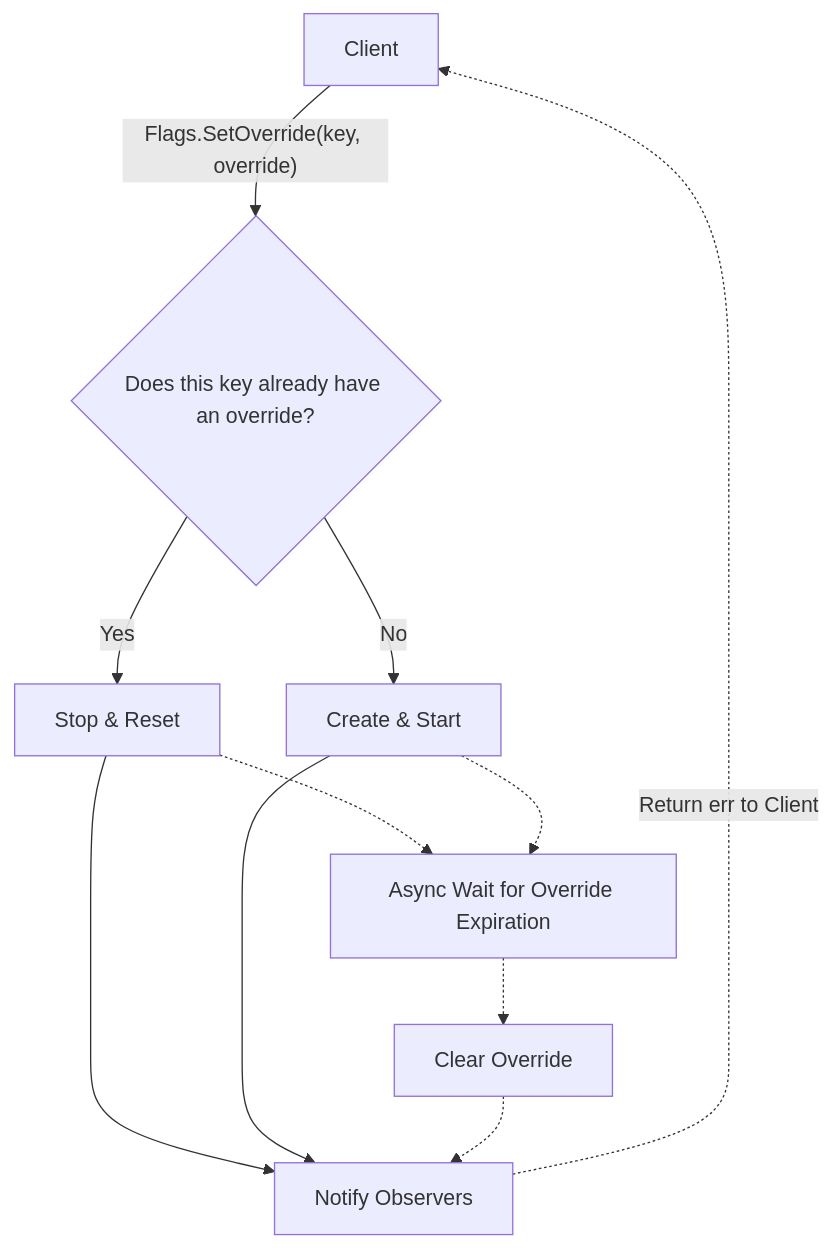
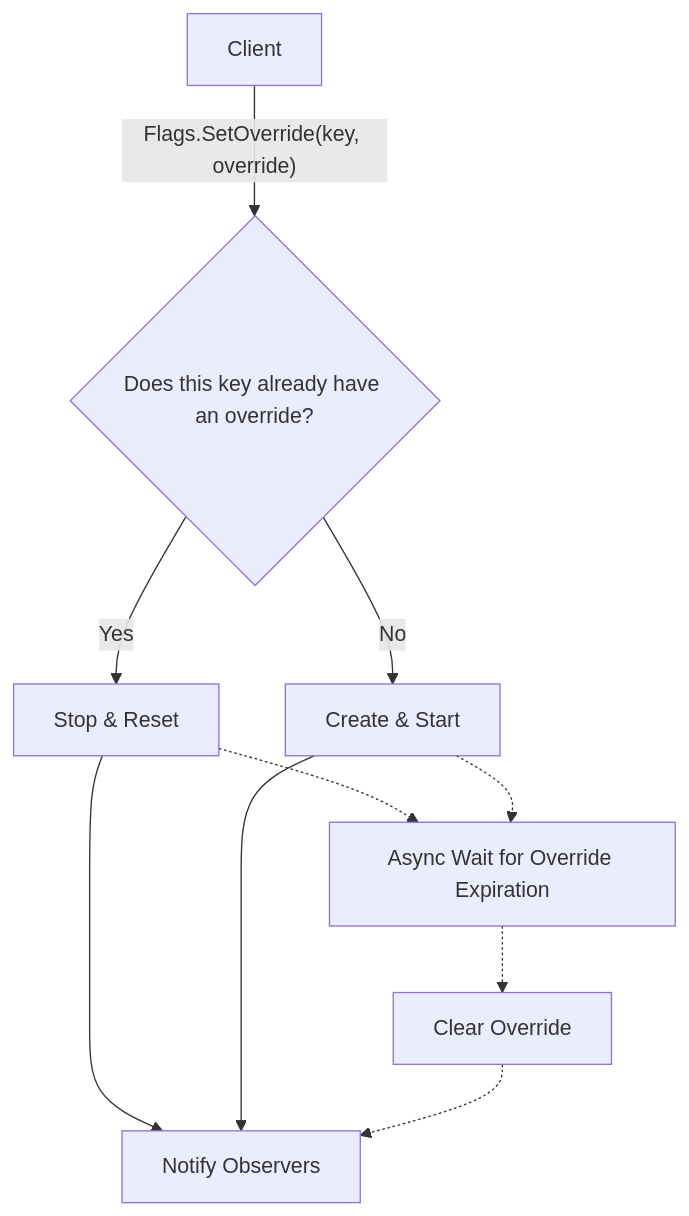
Before and after one commit to kolide/launcher: the third of 3 diagrams in docs/architecture/flags.md, drawn with Mermaid. The commit also changed other lines of this file and 4 other files, not shown here.

````diff
--- a/docs/architecture/flags.md
+++ b/docs/architecture/flags.md
@@ -61,26 +61,24 @@
 ```mermaid
 flowchart TB
     Client[Client]
     Notify[Notify Observers]
     Existing{Does this key already have an override?}
     Start[Create & Start]
     Reset[Stop & Reset]
     Wait[Async Wait for Override Expiration]
     Clear[Clear Override]
 
     Client -->|"Flags.SetOverride(key, override)"|Existing
 
     Existing -->|Yes| Reset
     Existing -->|No| Start
 
     Reset --> Notify
     Start --> Notify
 
     Reset -.-> Wait
     Start -.-> Wait
 
     Wait -.->Clear
     Clear -.-> Notify
-
-    Notify -.->|Return err to Client| Client
 ```
````
